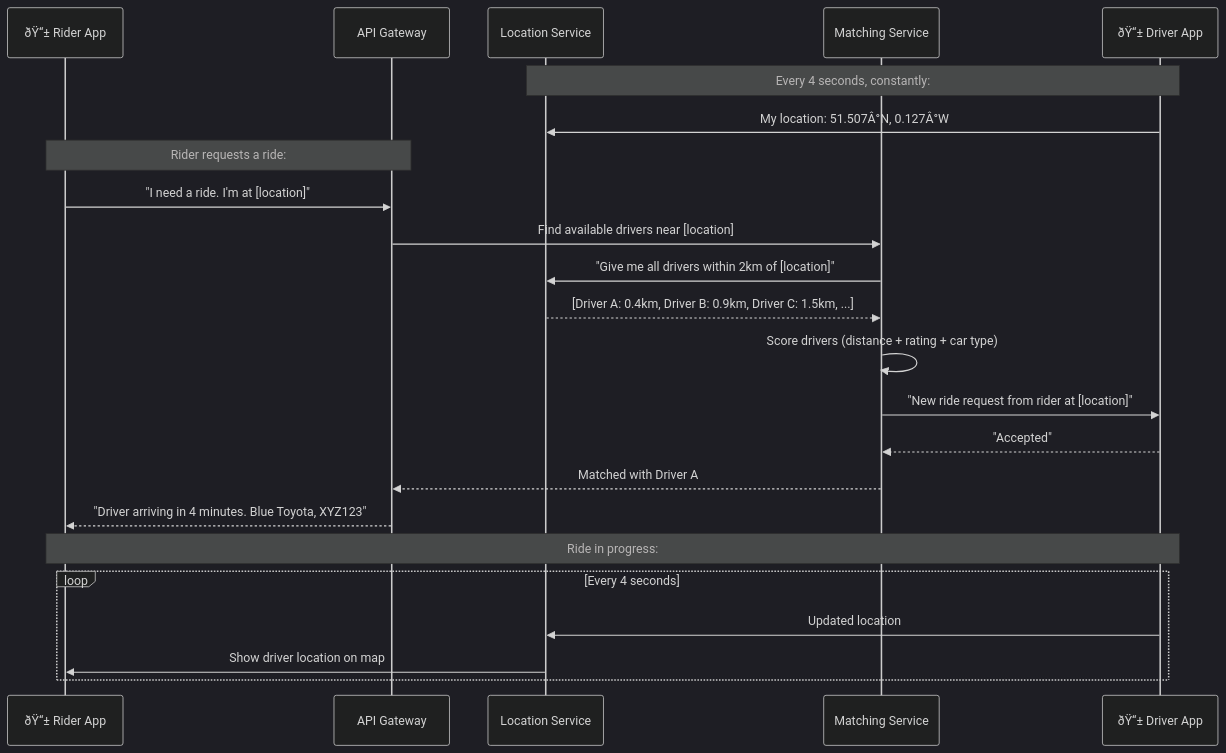
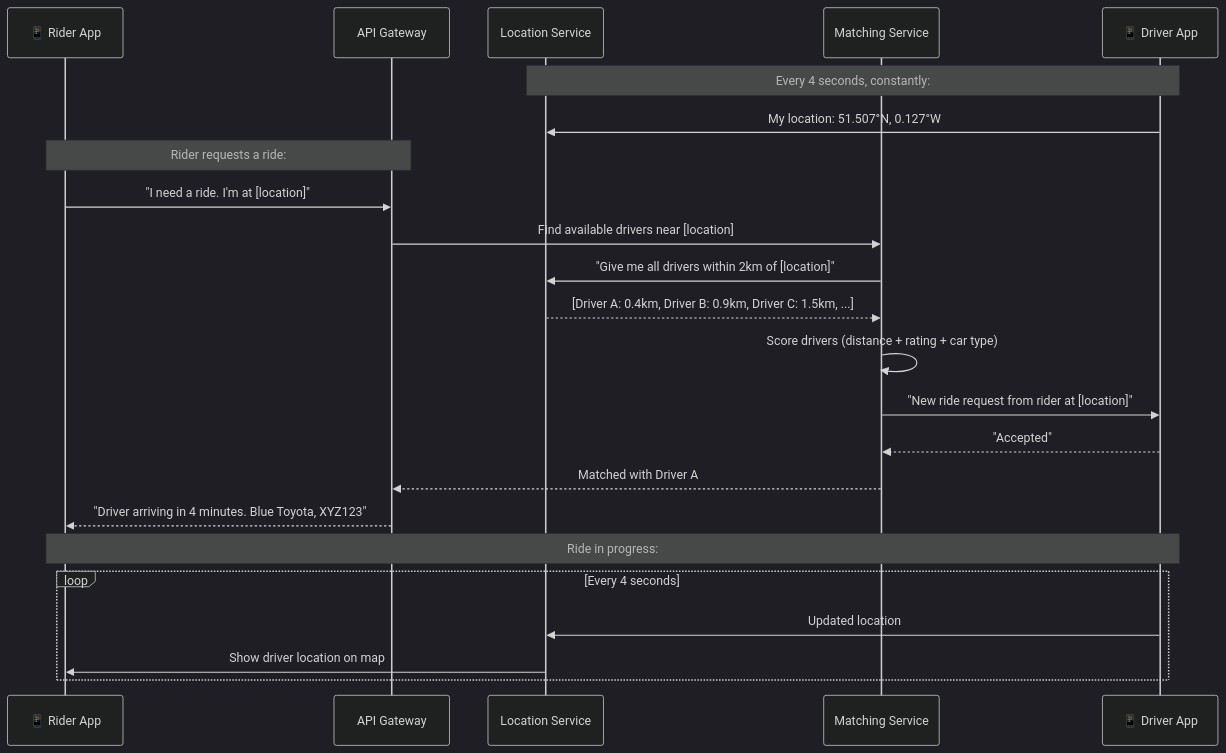
One commit to vishalsehgalvs/High_Level_Design changed diagram 14 of 17 in README.md. Above: the diagram before and after it, drawn with Mermaid (dark theme). The commit also changed other lines of this file, not shown here.

````diff
--- a/README.md
+++ b/README.md
@@ -1652,28 +1646,28 @@
 ```mermaid
 sequenceDiagram
-    participant R as ðŸ“± Rider App
+    participant R as 📱 Rider App
     participant GW as API Gateway
     participant LS as Location Service
     participant MS as Matching Service
-    participant DA as ðŸ“± Driver App
+    participant DA as 📱 Driver App
 
     Note over DA,LS: Every 4 seconds, constantly:
-    DA->>LS: My location: 51.507Â°N, 0.127Â°W
+    DA->>LS: My location: 51.507°N, 0.127°W
 
     Note over R,GW: Rider requests a ride:
     R->>GW: "I need a ride. I'm at [location]"
     GW->>MS: Find available drivers near [location]
     MS->>LS: "Give me all drivers within 2km of [location]"
     LS-->>MS: [Driver A: 0.4km, Driver B: 0.9km, Driver C: 1.5km, ...]
     MS->>MS: Score drivers (distance + rating + car type)
     MS->>DA: "New ride request from rider at [location]"
     DA-->>MS: "Accepted"
     MS-->>GW: Matched with Driver A
     GW-->>R: "Driver arriving in 4 minutes. Blue Toyota, XYZ123"
 
     Note over R,DA: Ride in progress:
     loop Every 4 seconds
         DA->>LS: Updated location
         LS->>R: Show driver location on map
     end
 ```
````
